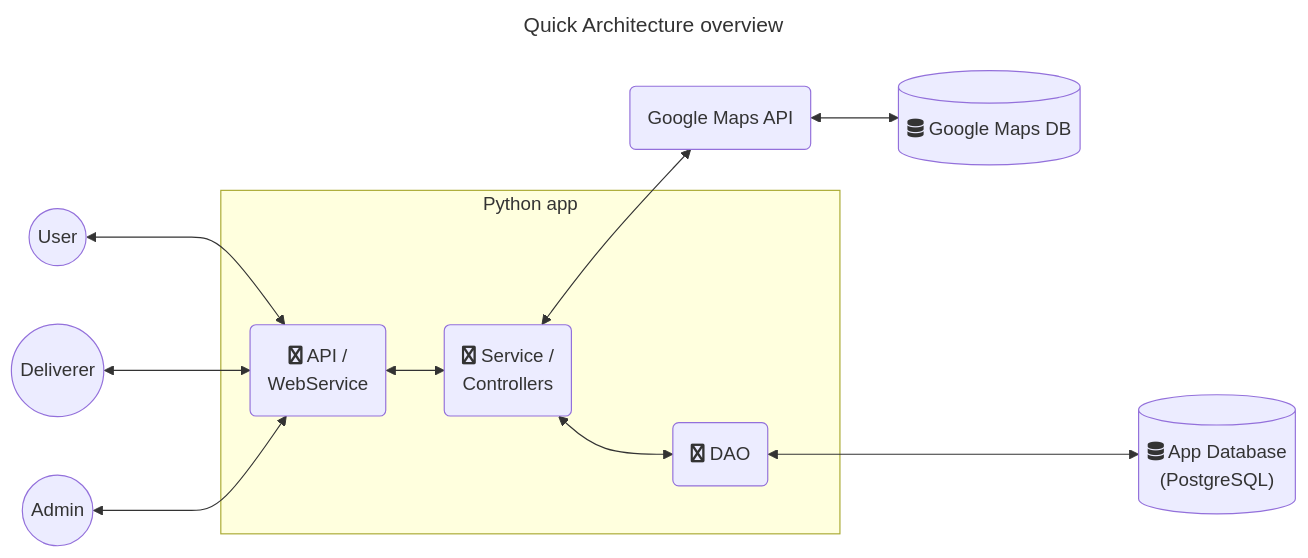
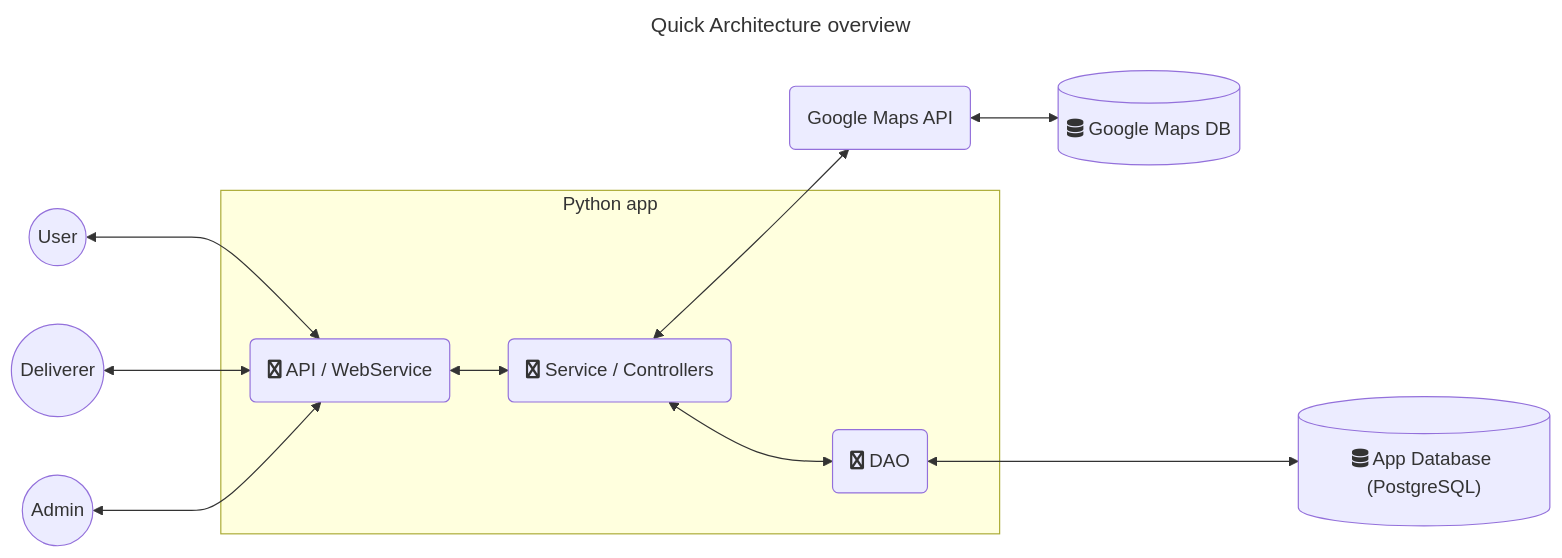
One commit to anaisdrnc/Projet_Info_2A changed the diagram in architecture1.md. Above: the diagram before and after it, drawn with Mermaid.

````diff
--- a/architecture1.md
+++ b/architecture1.md
@@ -1,28 +1,28 @@
 ```mermaid
 ---
 title: Quick Architecture overview
 ---
     graph LR
     USR1((User))
     USR2((Deliverer))
     USR3((Admin))
-    DB[("fa:fa-database App Database \n (PostgreSQL)" )]
-    API(fa:fa-python API / \n WebService)
+    DB[("fa:fa-database App Database (PostgreSQL)" )]
+    API(fa:fa-python API / WebService)
     DAO(fa:fa-python DAO)
-    SVC(fa:fa-python Service / \n Controllers )
+    SVC(fa:fa-python Service / Controllers )
     MDB[(fa:fa-database Google Maps DB)]
     MDBAPI(Google Maps API)
 
     USR1<--->API
         subgraph Python app 
             API<-->SVC<-->DAO
         end
     USR2<--->API
     USR3<--->API
 
     DAO<--->DB
     MDBAPI <--> MDB
     SVC <--> MDBAPI
 
 
 ```
````
